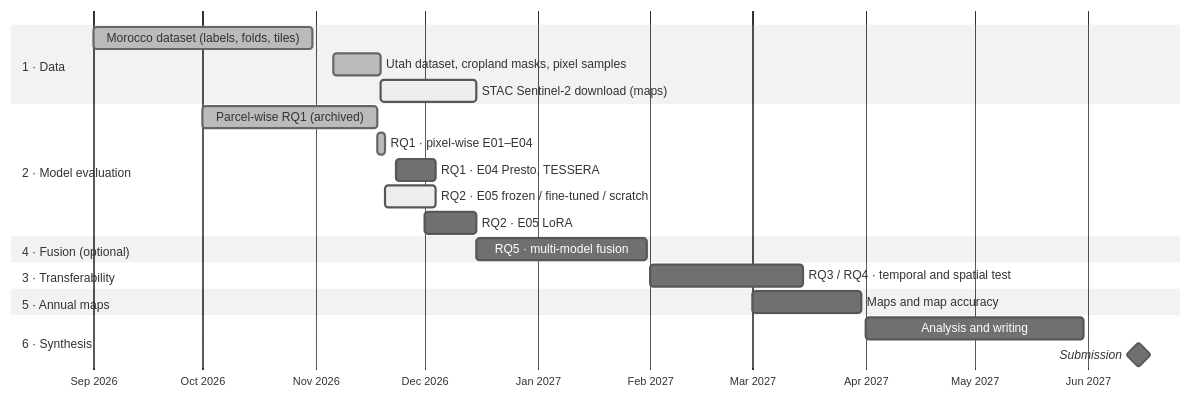
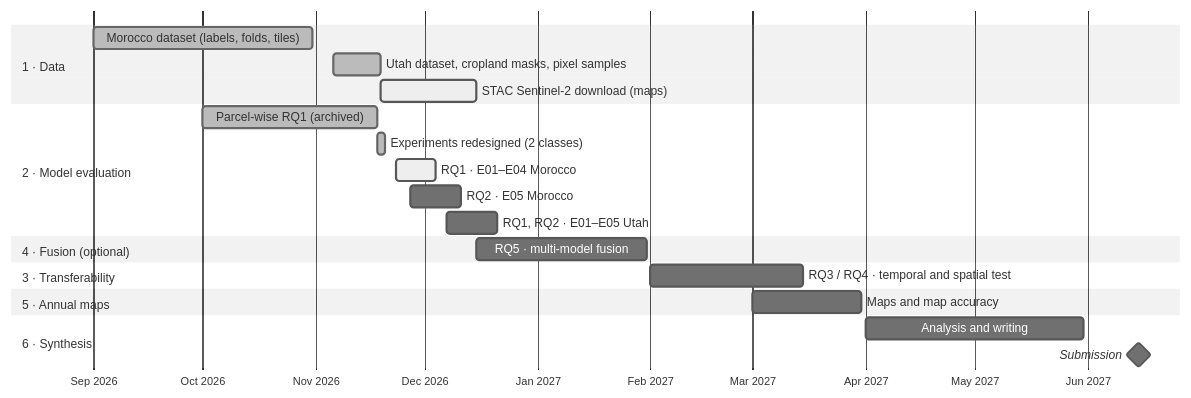
One commit to amanchry/irrimapping-geofm changed the diagram in docs/progress_report.md. Above: the diagram before and after it, drawn with Mermaid (neutral theme). The commit also changed other lines of this file and 179 other files, not shown here.

First line of the commit message:
Redesign experiments: two classes (irrigated, rainfed), no cropland mask, Morocco first

````diff
--- a/docs/progress_report.md
+++ b/docs/progress_report.md
@@ -25,24 +26,24 @@
 ```mermaid
 gantt
     dateFormat  YYYY-MM-DD
     axisFormat  %b %Y
     section 1 · Data
     Morocco dataset (labels, folds, tiles)      :done,   d1, 2026-09-01, 2026-10-31
     Utah dataset, cropland masks, pixel samples :done,   d2, 2026-11-06, 2026-11-19
     STAC Sentinel-2 download (maps)             :active, d3, 2026-11-19, 2026-12-15
     section 2 · Model evaluation
     Parcel-wise RQ1 (archived)                  :done,   r1, 2026-10-01, 2026-11-18
-    RQ1 · pixel-wise E01–E04                    :done,   r2, 2026-11-18, 2026-11-20
-    RQ1 · E04 Presto, TESSERA                   :        r3, 2026-11-23, 2026-12-04
-    RQ2 · E05 frozen / fine-tuned / scratch     :active, f1, 2026-11-20, 2026-12-04
-    RQ2 · E05 LoRA                              :        f2, 2026-12-01, 2026-12-15
+    Experiments redesigned (2 classes)          :done,   r2, 2026-11-18, 2026-11-20
+    RQ1 · E01–E04 Morocco                       :active, r3, 2026-11-23, 2026-12-04
+    RQ2 · E05 Morocco                           :        f1, 2026-11-27, 2026-12-11
+    RQ1, RQ2 · E01–E05 Utah                     :        f2, 2026-12-07, 2026-12-21
     section 4 · Fusion (optional)
     RQ5 · multi-model fusion                    :        u1, 2026-12-15, 2027-01-31
     section 3 · Transferability
     RQ3 / RQ4 · temporal and spatial test       :        t1, 2027-02-01, 2027-03-15
     section 5 · Annual maps
     Maps and map accuracy                       :        m1, 2027-03-01, 2027-03-31
     section 6 · Synthesis
     Analysis and writing                        :        w1, 2027-04-01, 2027-05-31
     Submission                                  :milestone, w2, 2027-06-15, 0d
 ```
````
